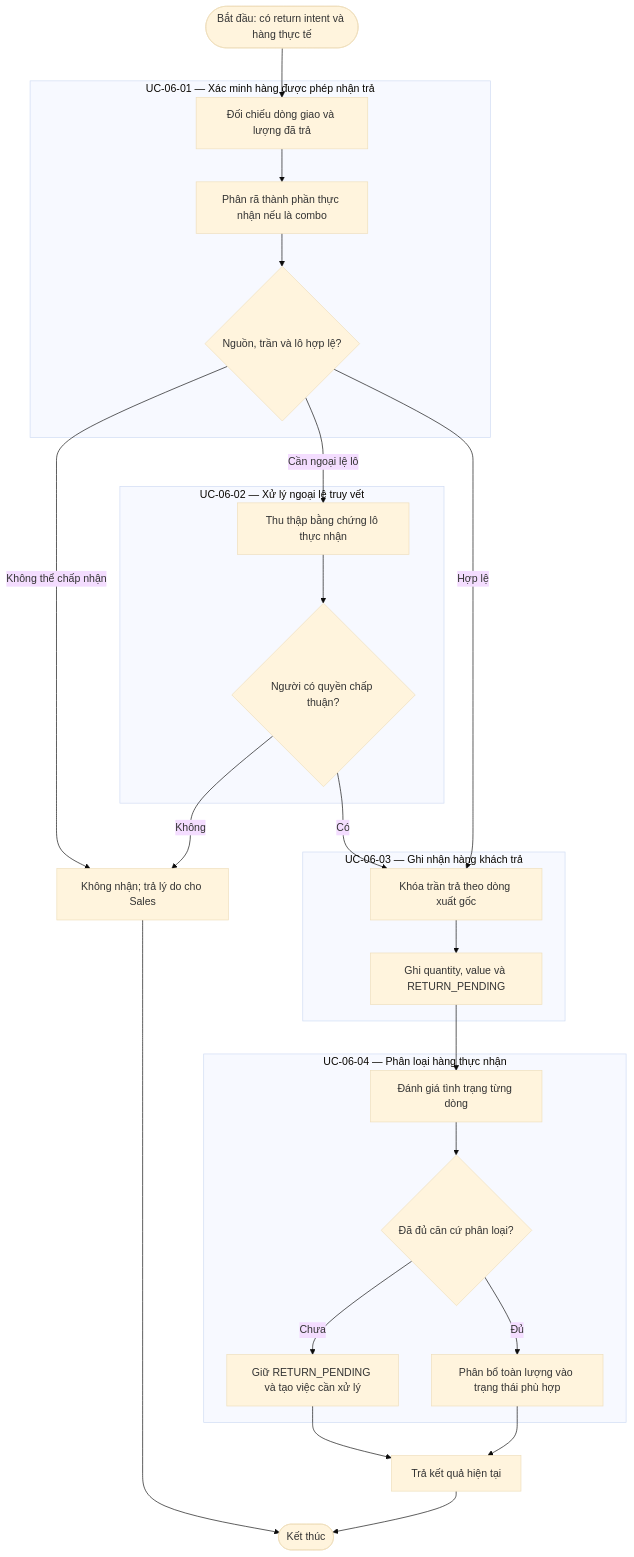
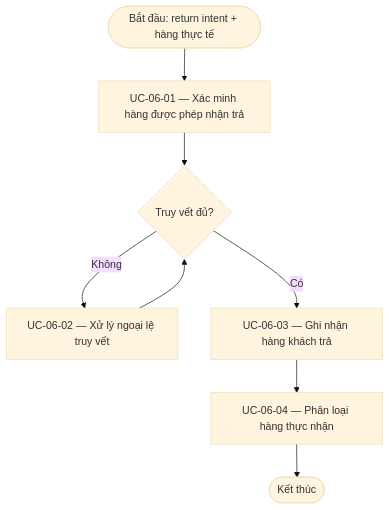
One commit to DsChien102/erp-sales-inventory changed the diagram in specs/themes/theme-07/02.specification/behavior/journeys/BJ-06-tiep-nhan-va-phan-loai-hang-khach-tra.md. Above: the diagram before and after it, drawn with Mermaid (base theme). The commit also changed other lines of this file and 4136 other files, not shown here.

````diff
--- a/specs/themes/theme-07/02.specification/behavior/journeys/BJ-06-tiep-nhan-va-phan-loai-hang-khach-tra.md
+++ b/specs/themes/theme-07/02.specification/behavior/journeys/BJ-06-tiep-nhan-va-phan-loai-hang-khach-tra.md
@@ -51,36 +32,10 @@
 ```mermaid
 flowchart TD
-    S([Bắt đầu: có return intent và hàng thực tế]) --> U1A
-
-    subgraph U1["UC-06-01 — Xác minh hàng được phép nhận trả"]
-        U1A[Đối chiếu dòng giao và lượng đã trả] --> U1B[Phân rã thành phần thực nhận nếu là combo]
-        U1B --> U1C{Nguồn, trần và lô hợp lệ?}
-    end
-
-    U1C -->|Không thể chấp nhận| R0[Không nhận; trả lý do cho Sales]
-    U1C -->|Cần ngoại lệ lô| U2A
-    U1C -->|Hợp lệ| SUA
-
-    subgraph U2["UC-06-02 — Xử lý ngoại lệ truy vết"]
-        U2A[Thu thập bằng chứng lô thực nhận] --> U2B{Người có quyền chấp thuận?}
-    end
-
-    U2B -->|Không| R0
-    U2B -->|Có| SUA
-
-    subgraph SU1["UC-06-03 — Ghi nhận hàng khách trả"]
-        SUA[Khóa trần trả theo dòng xuất gốc] --> SUB[Ghi quantity, value và RETURN_PENDING]
-    end
-
-    SUB --> U3A
-    subgraph U3["UC-06-04 — Phân loại hàng thực nhận"]
-        U3A[Đánh giá tình trạng từng dòng] --> U3B{Đã đủ căn cứ phân loại?}
-        U3B -->|Chưa| U3C[Giữ RETURN_PENDING và tạo việc cần xử lý]
-        U3B -->|Đủ| U3D[Phân bổ toàn lượng vào trạng thái phù hợp]
-    end
-
-    U3C --> R1[Trả kết quả hiện tại]
-    U3D --> R1
-    R0 --> E([Kết thúc])
-    R1 --> E
+    Begin([Bắt đầu: return intent + hàng thực tế]) --> U1["UC-06-01 — Xác minh hàng được phép nhận trả"]
+    U1 --> T{"Truy vết đủ?"}
+    T -->|Không| U2["UC-06-02 — Xử lý ngoại lệ truy vết"]
+    U2 --> T
+    T -->|Có| U3["UC-06-03 — Ghi nhận hàng khách trả"]
+    U3 --> U4["UC-06-04 — Phân loại hàng thực nhận"]
+    U4 --> End([Kết thúc])
 ```
````
